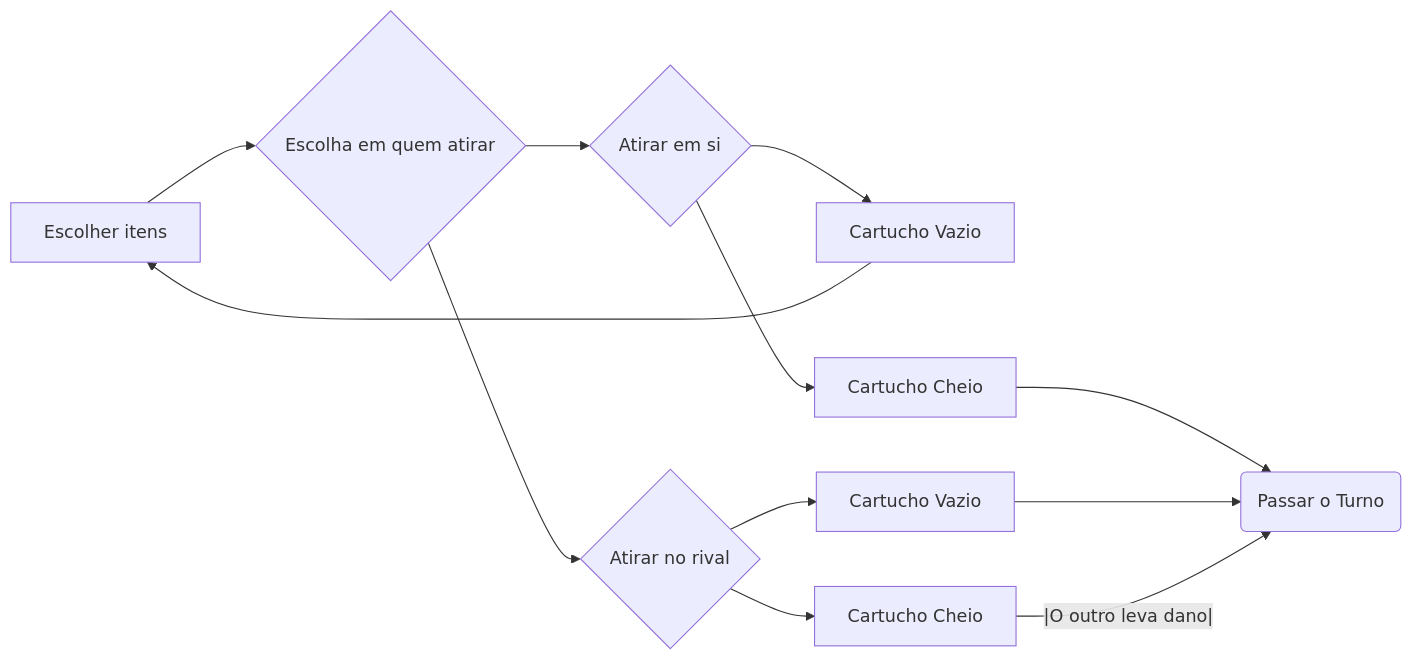
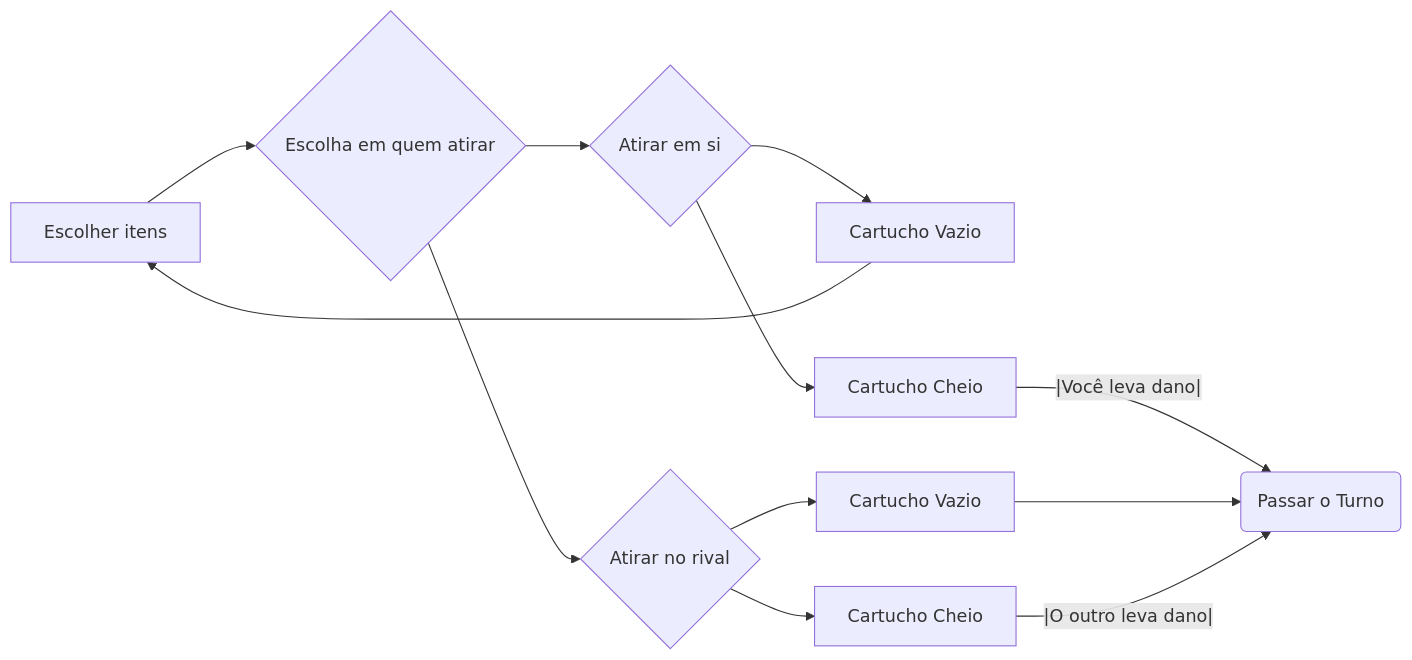
Before and after one commit to louipasquini/buckshot: the diagram in README.md, drawn with Mermaid.

Commit message:
diagrama readme

````diff
--- a/README.md
+++ b/README.md
@@ -28,8 +28,8 @@
 ```mermaid
 graph LR
 A[Escolher itens] --> B{Escolha em quem atirar}
 B --> C{Atirar em si} --> D[Cartucho Vazio] --> A
-C --> E[Cartucho Cheio] --> F(Passar o Turno)
+C --> E[Cartucho Cheio] -- |Você leva dano| --> F(Passar o Turno)
 B --> G{Atirar no rival} --> H[Cartucho Vazio] --> F
 G --> I[Cartucho Cheio] -- |O outro leva dano| --> F
 ```
````
